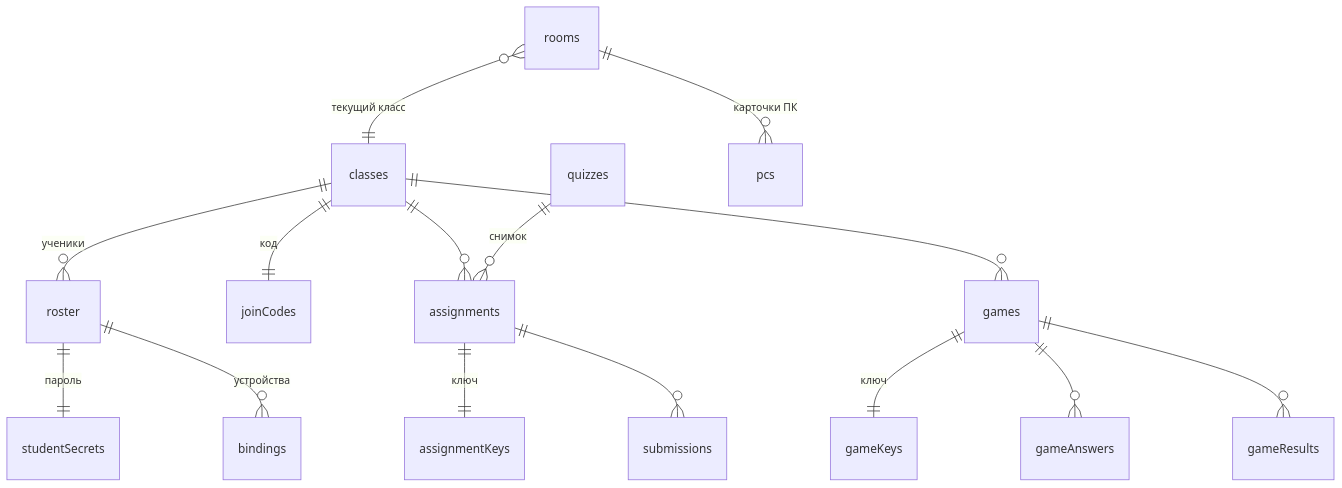
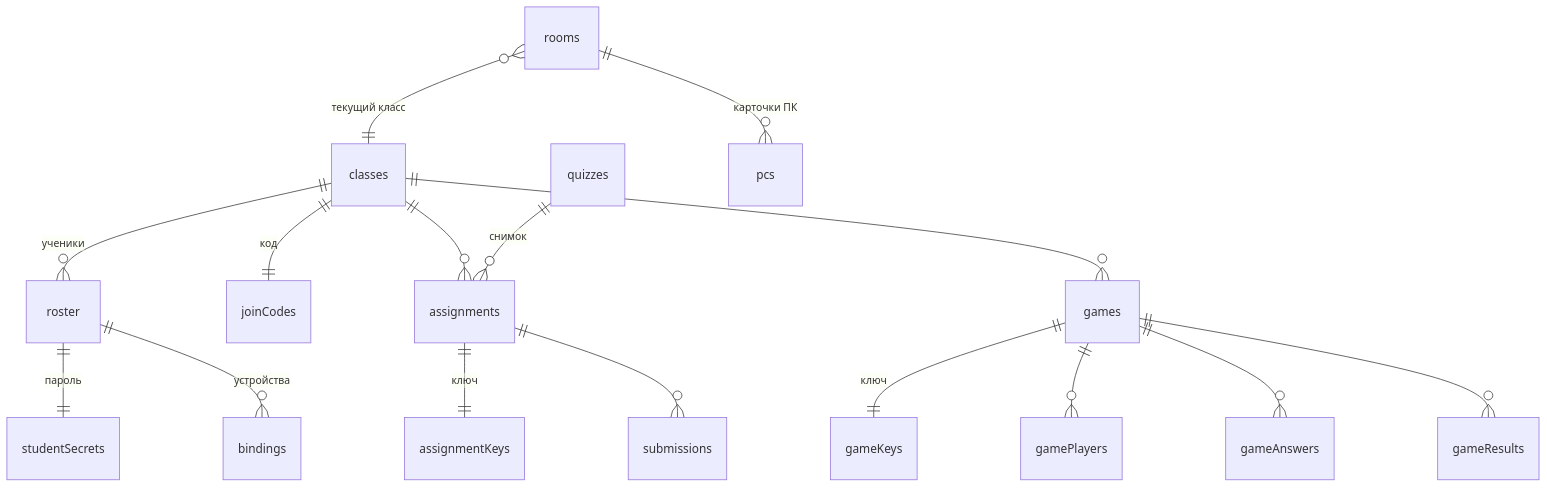
One commit to MaryDayGit/TaskSchoolsInfo changed the diagram in docs/platform/DATA_MODEL.md. Above: the diagram before and after it, drawn with Mermaid. The commit also changed other lines of this file and 22 other files, not shown here.

````diff
--- a/docs/platform/DATA_MODEL.md
+++ b/docs/platform/DATA_MODEL.md
@@ -13,17 +13,18 @@
 ```mermaid
 erDiagram
   classes ||--o{ roster : "ученики"
   classes ||--|| joinCodes : "код"
   roster ||--|| studentSecrets : "пароль"
   roster ||--o{ bindings : "устройства"
   quizzes ||--o{ assignments : "снимок"
   classes ||--o{ assignments : ""
   assignments ||--|| assignmentKeys : "ключ"
   assignments ||--o{ submissions : ""
   classes ||--o{ games : ""
   games ||--|| gameKeys : "ключ"
+  games ||--o{ gamePlayers : ""
   games ||--o{ gameAnswers : ""
   games ||--o{ gameResults : ""
   rooms ||--o{ pcs : "карточки ПК"
   rooms }o--|| classes : "текущий класс"
 ```
````
